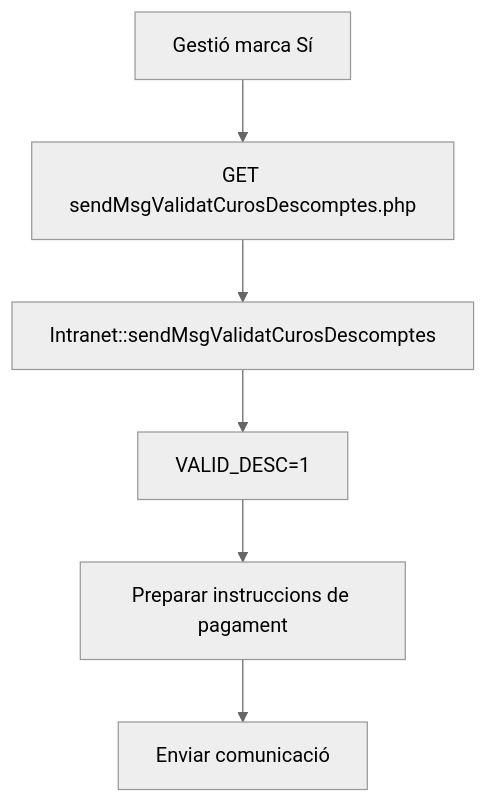
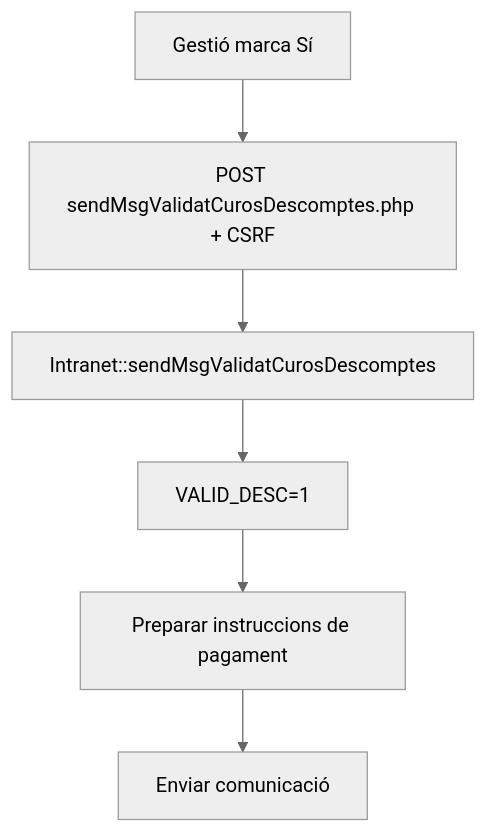
Diagram 13 of 23 in documentacio/07-uml-integrat/uc-013-activitats-pagines-actual-final.md (orgmeriemprismacat-del/verifactu), drawn with Mermaid (neutral theme) before and after one commit. The commit also changed other lines of this file, not shown here.

````diff
--- a/documentacio/07-uml-integrat/uc-013-activitats-pagines-actual-final.md
+++ b/documentacio/07-uml-integrat/uc-013-activitats-pagines-actual-final.md
@@ -158,8 +158,8 @@
 ```mermaid
 flowchart TD
-    A[Gestió marca Sí] --> B[GET sendMsgValidatCurosDescomptes.php]
+    A[Gestió marca Sí] --> B[POST sendMsgValidatCurosDescomptes.php + CSRF]
     B --> C[Intranet::sendMsgValidatCurosDescomptes]
     C --> D[VALID_DESC=1]
     D --> E[Preparar instruccions de pagament]
     E --> F[Enviar comunicació]
 ```
````
